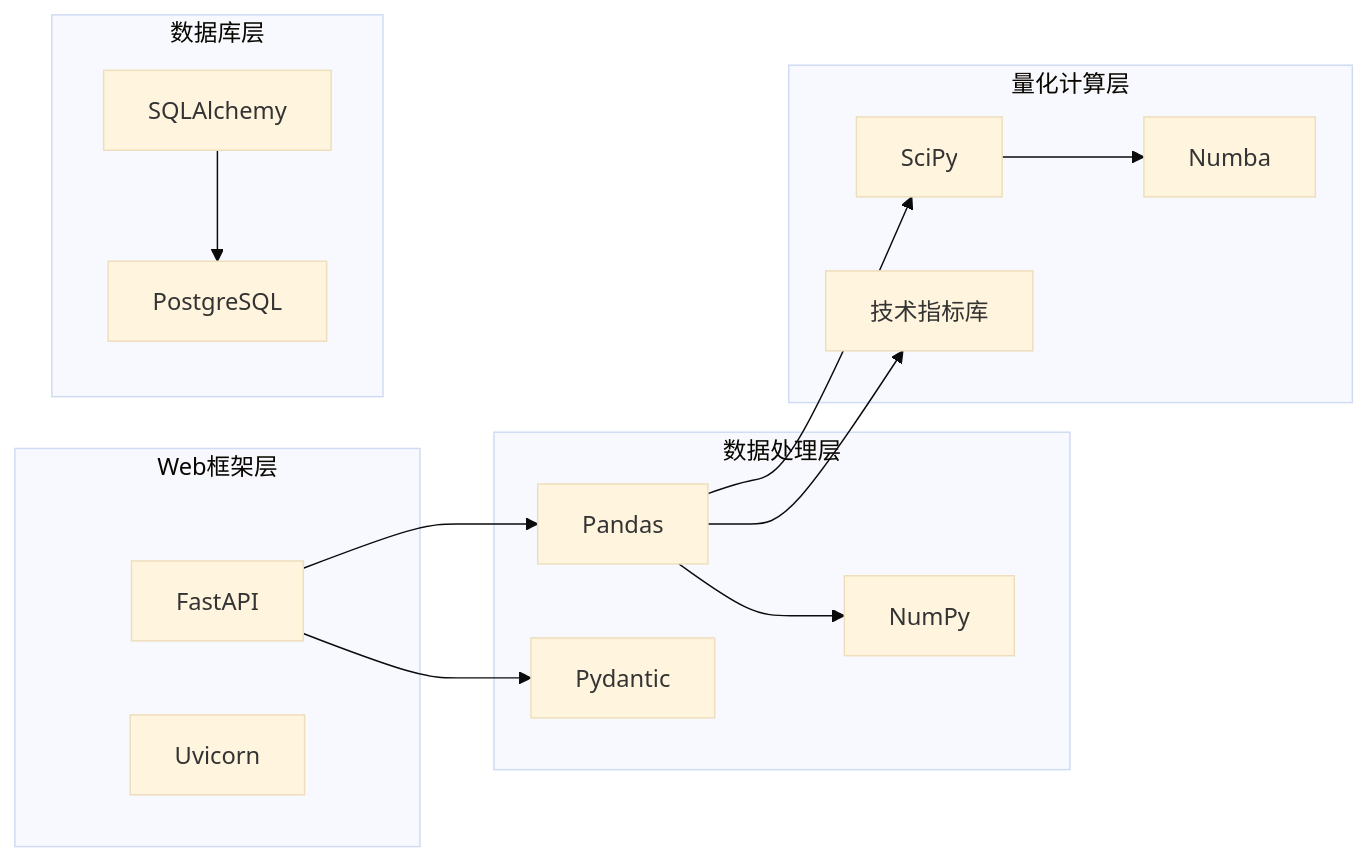
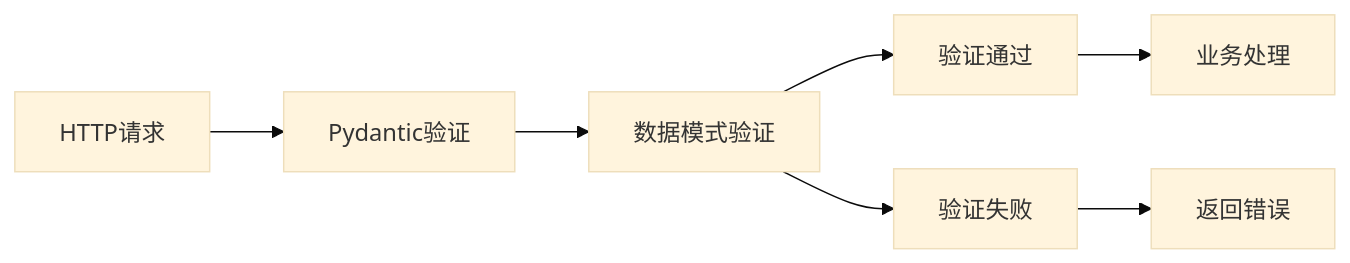
One commit to raymodny-ai/The-Modern-Turtle-Protocol changed the seventh of 8 diagrams in .qoder/repowiki/zh/content/API接口文档.md. Above: the diagram before and after it, drawn with Mermaid (base theme). The commit also changed other lines of this file and 15 other files, not shown here.

````diff
--- a/.qoder/repowiki/zh/content/API接口文档.md
+++ b/.qoder/repowiki/zh/content/API接口文档.md
@@ -325,28 +694,9 @@
 ```mermaid
-graph LR
-subgraph "Web框架层"
-FASTAPI[FastAPI]
-UVICORN[Uvicorn]
-end
-subgraph "数据处理层"
-PANDAS[Pandas]
-NUMPY[NumPy]
-PYDANTIC[Pydantic]
-end
-subgraph "数据库层"
-SQLALCHEMY[SQLAlchemy]
-POSTGRES[PostgreSQL]
-end
-subgraph "量化计算层"
-SCIPY[SciPy]
-NUMBA[Numba]
-TA_LIB[技术指标库]
-end
-FASTAPI --> PANDAS
-FASTAPI --> PYDANTIC
-PANDAS --> NUMPY
-SQLALCHEMY --> POSTGRES
-PANDAS --> SCIPY
-SCIPY --> NUMBA
-PANDAS --> TA_LIB
+flowchart LR
+Request[HTTP请求] --> Pydantic[Pydantic验证]
+Pydantic --> Schema[数据模式验证]
+Schema --> Valid[验证通过]
+Schema --> Invalid[验证失败]
+Valid --> Handler[业务处理]
+Invalid --> Error[返回错误]
 ```
````
